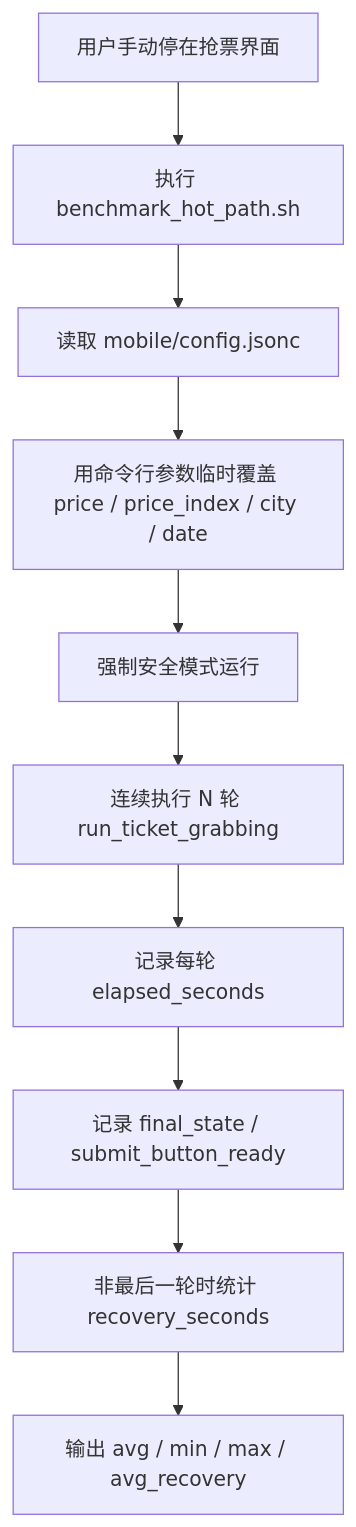
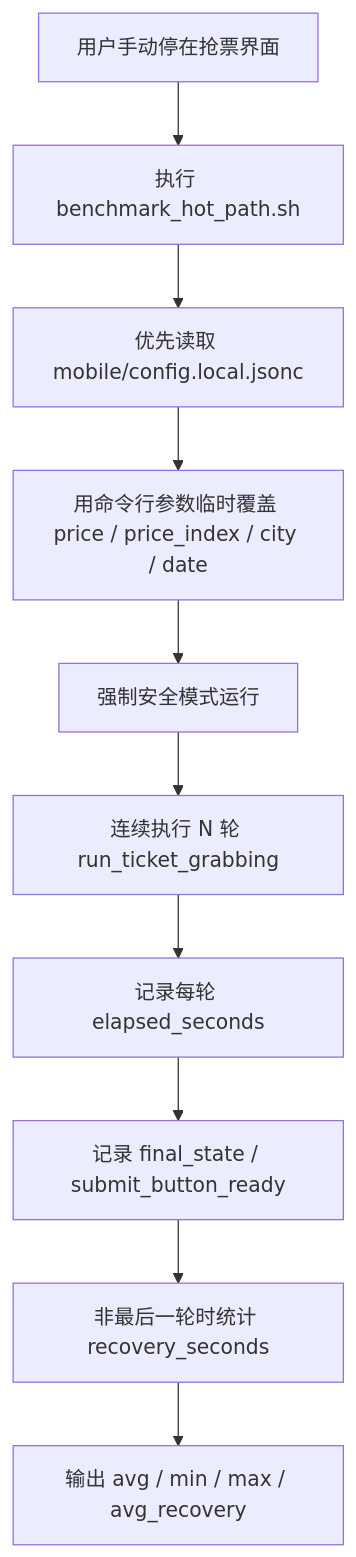
Before and after one commit to WuRunBear/HaTickets: the third of 3 diagrams in docs/plans/2026-03-30-mobile-hot-path-workflow-design.md, drawn with Mermaid. The commit also changed 19 other files, not shown here.

Commit message:
Improve mobile rush flow and local config handling

````diff
--- a/docs/plans/2026-03-30-mobile-hot-path-workflow-design.md
+++ b/docs/plans/2026-03-30-mobile-hot-path-workflow-design.md
@@ -90,12 +90,12 @@
 ```mermaid
 flowchart TD
     A[用户手动停在抢票界面] --> B[执行 benchmark_hot_path.sh]
-    B --> C[读取 mobile/config.jsonc]
+    B --> C[优先读取 mobile/config.local.jsonc]
     C --> D[用命令行参数临时覆盖 price / price_index / city / date]
     D --> E[强制安全模式运行]
     E --> F[连续执行 N 轮 run_ticket_grabbing]
     F --> G[记录每轮 elapsed_seconds]
     G --> H[记录 final_state / submit_button_ready]
     H --> I[非最后一轮时统计 recovery_seconds]
     I --> J[输出 avg / min / max / avg_recovery]
 ```
````
